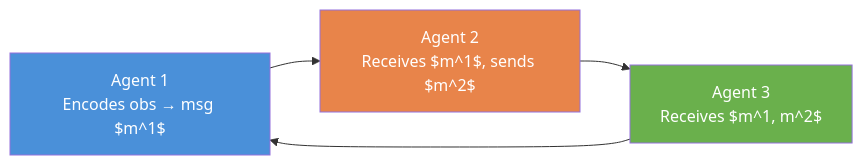
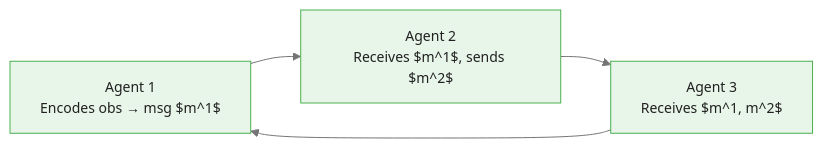
One commit to m-deane/course-creator changed the fourth of 5 diagrams in courses/reinforcement-learning/modules/module_09_frontiers/guides/01_multi_agent_rl_slides.md. Above: the diagram before and after it, drawn with Mermaid. The commit also changed other lines of this file and 131 other files, not shown here.

````diff
--- a/courses/reinforcement-learning/modules/module_09_frontiers/guides/01_multi_agent_rl_slides.md
+++ b/courses/reinforcement-learning/modules/module_09_frontiers/guides/01_multi_agent_rl_slides.md
@@ -226,9 +253,7 @@
 ```mermaid
+%%{init: {"theme": "base", "themeVariables": {"primaryColor": "#e8f5e9", "primaryBorderColor": "#4caf50", "primaryTextColor": "#212121", "secondaryColor": "#e3f2fd", "tertiaryColor": "#fff8e1", "lineColor": "#757575", "fontFamily": "Inter, sans-serif", "fontSize": "14px"}}}%%
 flowchart LR
     A1["Agent 1\nEncodes obs → msg $m^1$"] --> A2["Agent 2\nReceives $m^1$, sends $m^2$"]
     A2 --> A3["Agent 3\nReceives $m^1, m^2$"]
     A3 --> A1
-    style A1 fill:#4A90D9,color:#fff
-    style A2 fill:#E8844A,color:#fff
-    style A3 fill:#6ab04c,color:#fff
 ```
````
